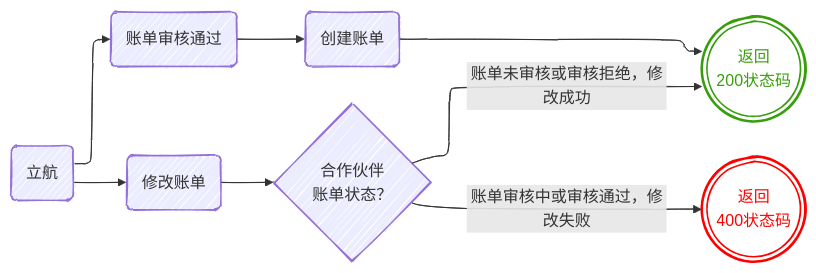
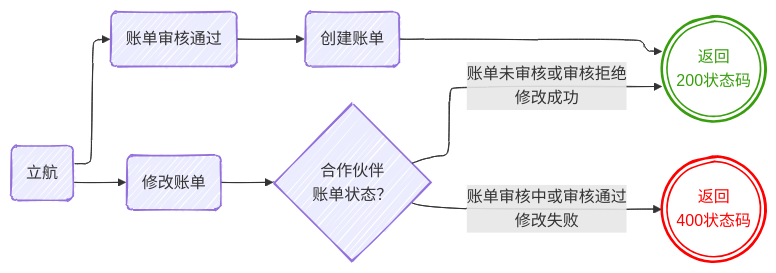
Before and after one commit to LeaderrunTeam/docs-app: the diagram in docs/day-bill.md, drawn with Mermaid.

````diff
--- a/docs/day-bill.md
+++ b/docs/day-bill.md
@@ -20,17 +20,17 @@
 ```mermaid
 ---
 config:
   layout: elk
   look: handDrawn
 ---
 flowchart LR
     op(立航) -->  s(账单审核通过)
     op(立航) -->  u1(修改账单)
     s --> b(创建账单)
     b --> |  | D:::succ@{ shape: dbl-circ, label: "返回<br/>200状态码" }
     u1 --> | | u{合作伙伴<br>账单状态？}
-    u --> | 账单审核中或审核通过，修改失败 | A:::err@{ shape: dbl-circ, label: "返回<br/>400状态码" }
-    u --> | 账单未审核或审核拒绝，修改成功 | D
+    u --> | 账单审核中或审核通过<br>修改失败 | A:::err@{ shape: dbl-circ, label: "返回<br/>400状态码" }
+    u --> | 账单未审核或审核拒绝<br>修改成功 | D
   classDef succ stroke:#389e0d,fill:#fff,color:#389e0d
   classDef err fill:#fff,color:#f00,stroke:#f00
 ```
````
